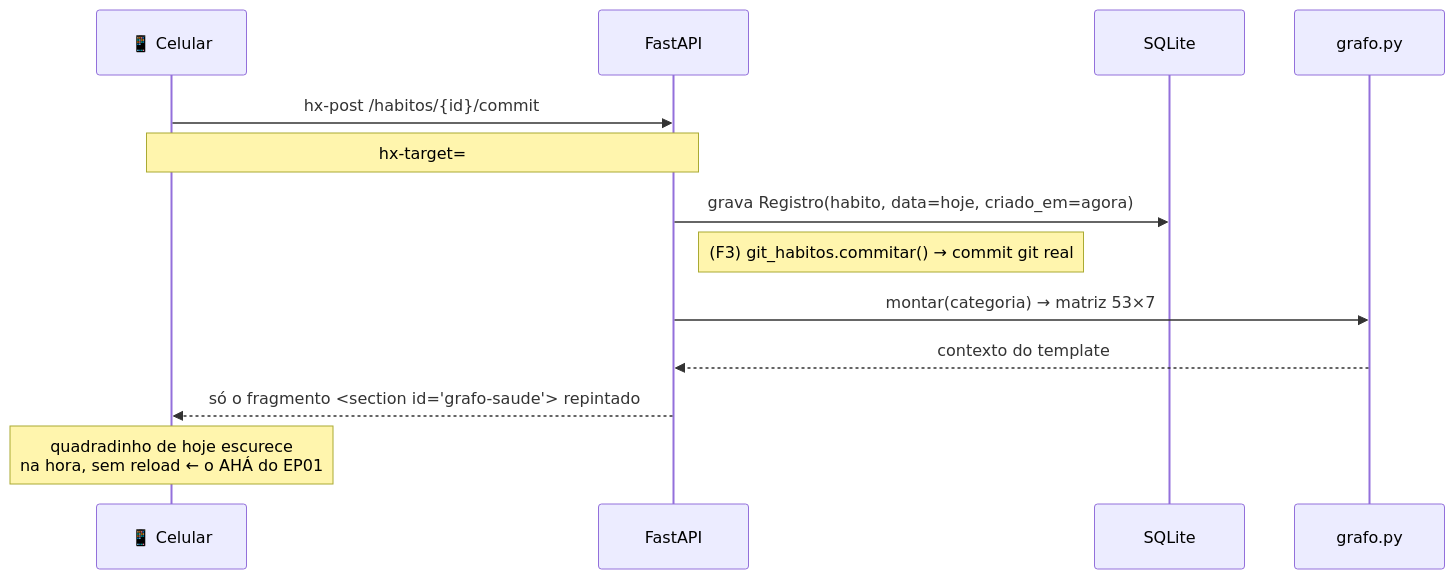
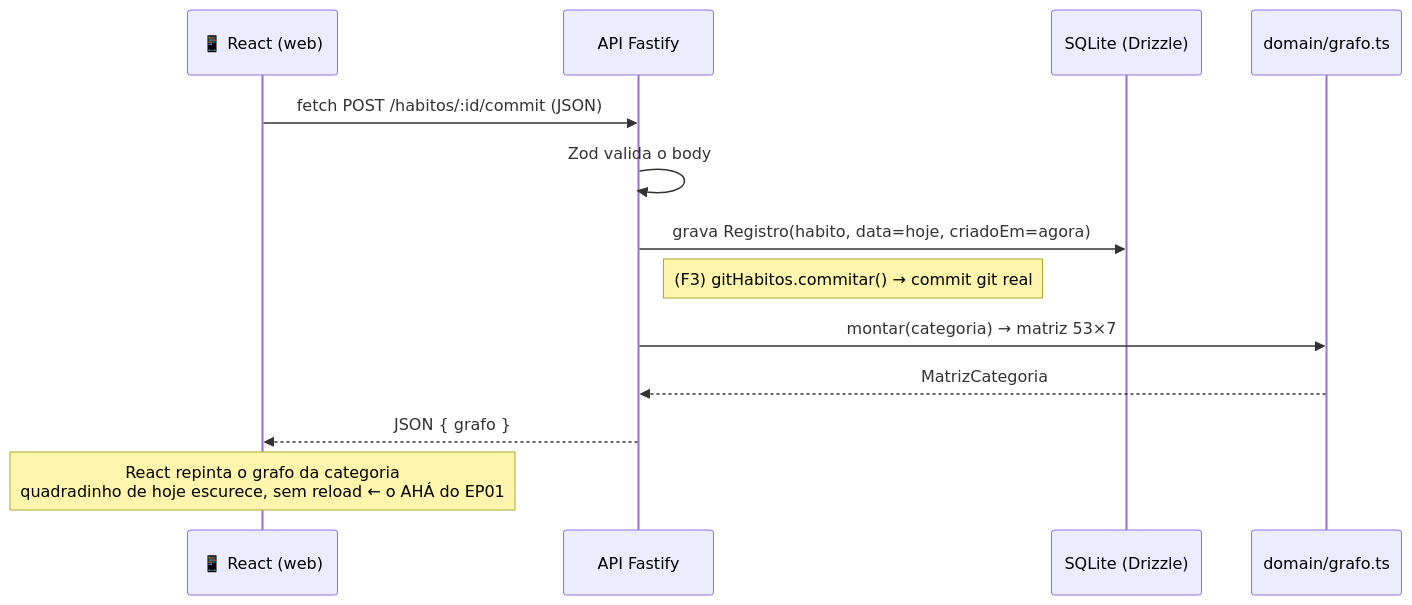
Before and after one commit to rfsants001/habithub: the second of 5 diagrams in README.md, drawn with Mermaid. The commit also changed other lines of this file, not shown here.

````diff
--- a/README.md
+++ b/README.md
@@ -111,16 +111,16 @@
 ```mermaid
 sequenceDiagram
-    participant C as 📱 Celular
-    participant S as FastAPI
-    participant DB as SQLite
-    participant G as grafo.py
+    participant C as 📱 React (web)
+    participant S as API Fastify
+    participant DB as SQLite (Drizzle)
+    participant G as domain/grafo.ts
 
-    C->>S: hx-post /habitos/{id}/commit
-    Note over C,S: hx-target=#grafo-saude<br/>hx-swap=outerHTML
-    S->>DB: grava Registro(habito, data=hoje, criado_em=agora)
-    Note right of S: (F3) git_habitos.commitar() → commit git real
+    C->>S: fetch POST /habitos/:id/commit  (JSON)
+    S->>S: Zod valida o body
+    S->>DB: grava Registro(habito, data=hoje, criadoEm=agora)
+    Note right of S: (F3) gitHabitos.commitar() → commit git real
     S->>G: montar(categoria) → matriz 53×7
-    G-->>S: contexto do template
-    S-->>C: só o fragmento <section id="grafo-saude"> repintado
-    Note over C: quadradinho de hoje escurece<br/>na hora, sem reload ← o AHÁ do EP01
+    G-->>S: MatrizCategoria
+    S-->>C: JSON { grafo }
+    Note over C: React repinta o grafo da categoria<br/>quadradinho de hoje escurece, sem reload ← o AHÁ do EP01
 ```
````
